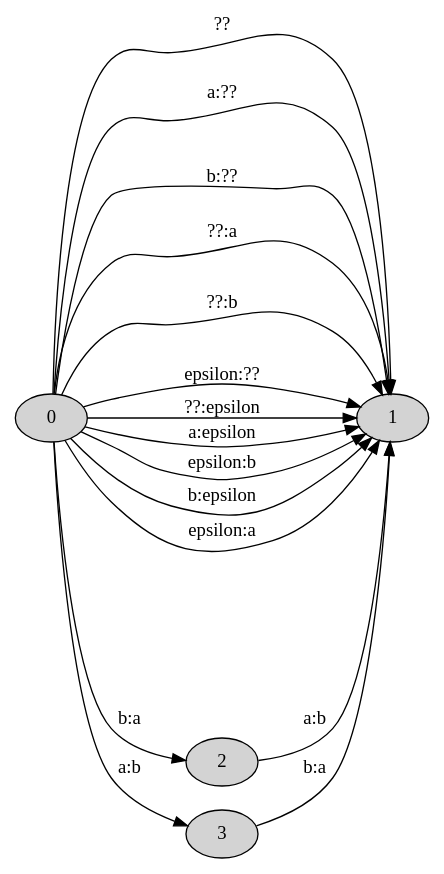
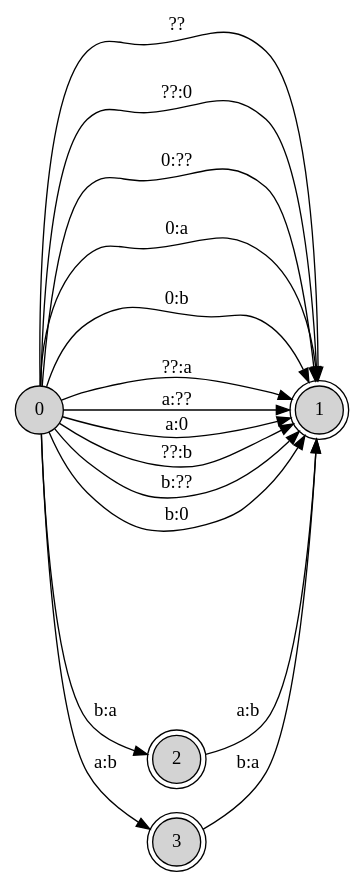
Before and after one commit to eaxelson/hfst-import-test5: the diagram in articles/fsmnlp-2012-spellers/edit1swap-ab10.dot, drawn with Graphviz. The commit also changed 13 other files, not shown here.

```diff
--- a/articles/fsmnlp-2012-spellers/edit1swap-ab10.dot
+++ b/articles/fsmnlp-2012-spellers/edit1swap-ab10.dot
@@ -1,23 +1,23 @@
 // This graph generated with hfst-fst2txt blah
 digraph H {
 rankdir = LR;
-node [style=filled] 0
-0 -> 1 [label="?? "];
-0 -> 1 [label="a:?? "];
-0 -> 1 [label="b:?? "];
-0 -> 1 [label="??:a "];
-0 -> 1 [label="??:b "];
-0 -> 1 [label="\epsilon:?? "];
-0 -> 1 [label="??:\epsilon "];
-0 -> 1 [label="a:\epsilon "];
-0 -> 2 [label="b:a "];
-0 -> 1 [label="\epsilon:b "];
-0 -> 1 [label="b:\epsilon "];
-0 -> 3 [label="a:b "];
-0 -> 1 [label="\epsilon:a "];
 node [shape=doublecircle,style=filled] 1
 node [shape=doublecircle,style=filled] 2
+node [shape=doublecircle,style=filled] 3
+node [shape=circle,style=filled] 0
+0 -> 1 [label="?? "];
+0 -> 1 [label="??:0 "];
+0 -> 1 [label="0:?? "];
+0 -> 1 [label="0:a "];
+0 -> 1 [label="0:b "];
+0 -> 1 [label="??:a "];
+0 -> 1 [label="a:?? "];
+0 -> 1 [label="a:0 "];
+0 -> 1 [label="??:b "];
+0 -> 1 [label="b:?? "];
+0 -> 1 [label="b:0 "];
+0 -> 2 [label="b:a "];
+0 -> 3 [label="a:b "];
 2 -> 1 [label="a:b "];
-node [shape=doublecircle,style=filled] 3
 3 -> 1 [label="b:a "];
 }
```
